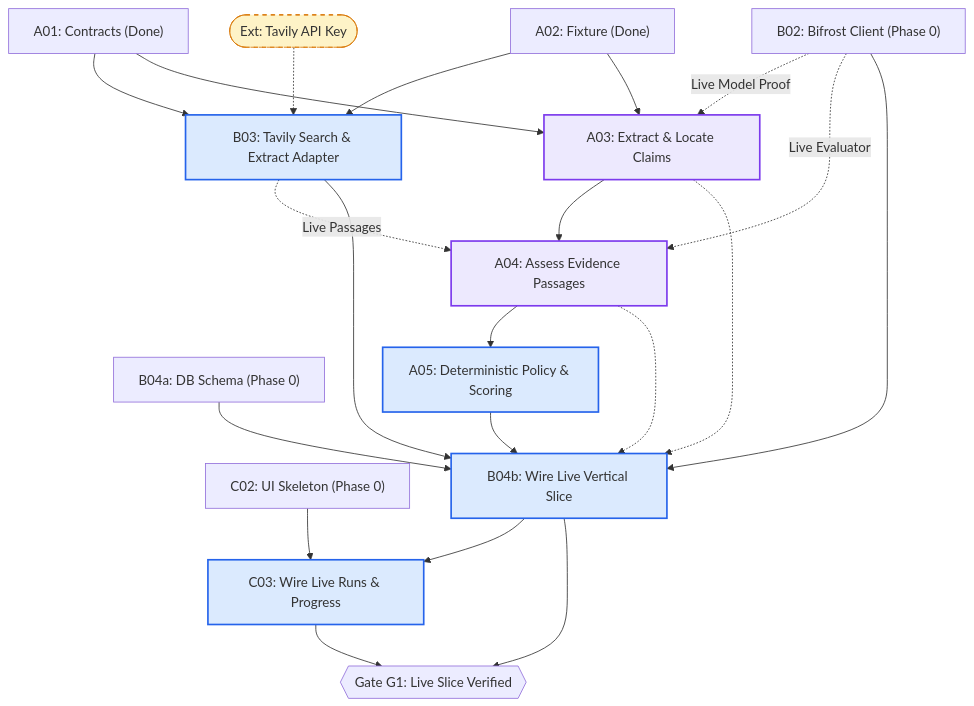
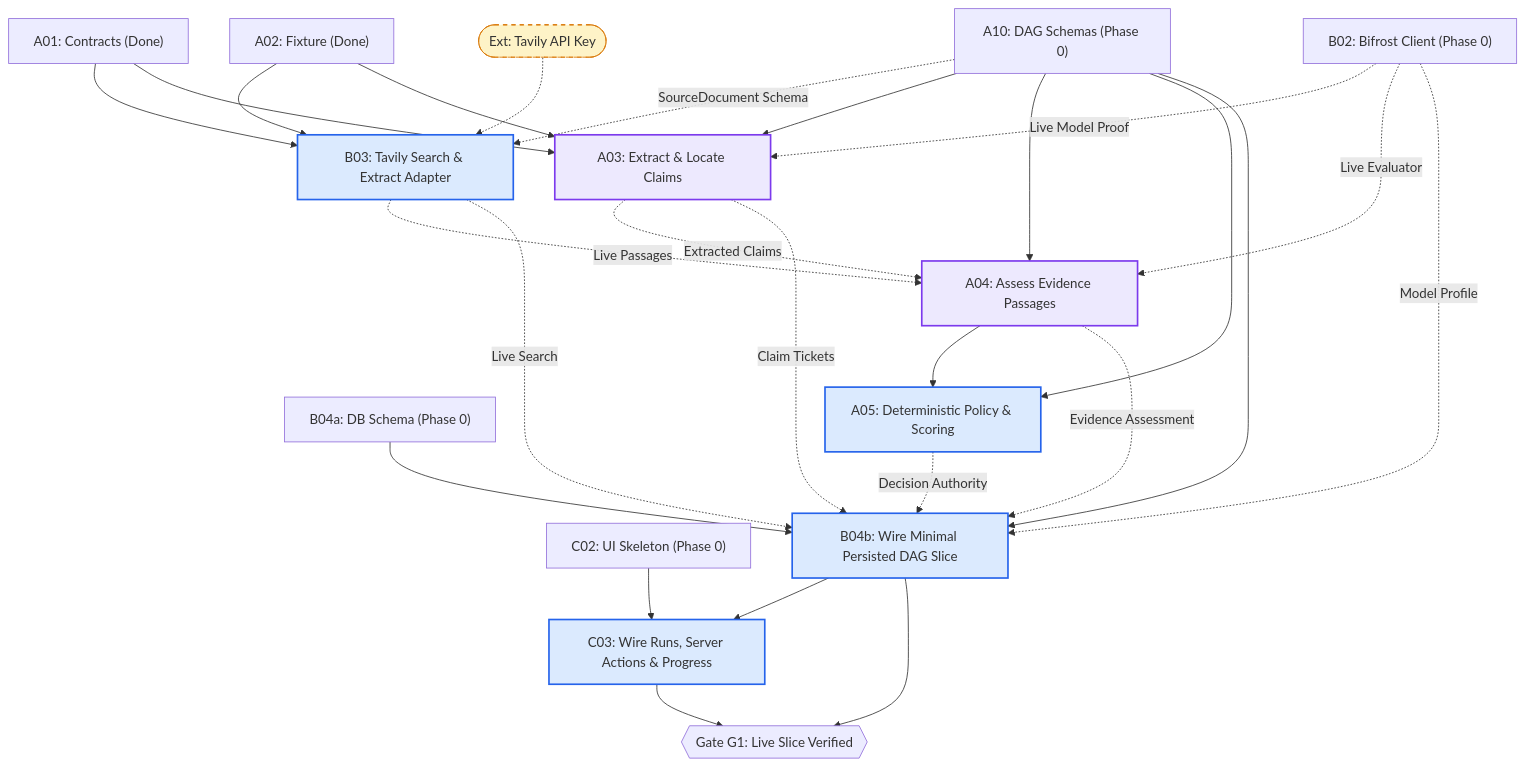
One commit to Driftaxe/Afterfact changed the third of 6 diagrams in docs/PARALLEL-WORK-PLAN.md. Above: the diagram before and after it, drawn with Mermaid. The commit also changed other lines of this file and 1 other file, not shown here.

````diff
--- a/docs/PARALLEL-WORK-PLAN.md
+++ b/docs/PARALLEL-WORK-PLAN.md
@@ -185,51 +191,57 @@
 ```mermaid
 flowchart TD
     classDef unblocked fill:#dbeafe,stroke:#2563eb,stroke-width:2px;
     classDef partial fill:#ede9fe,stroke:#7c3aed,stroke-width:2px;
     classDef external fill:#fef3c7,stroke:#d97706,stroke-width:1px,stroke-dasharray: 5 5;
 
     A01["A01: Contracts (Done)"]
     A02["A02: Fixture (Done)"]
+    A10["A10: DAG Schemas (Phase 0)"]
     B02["B02: Bifrost Client (Phase 0)"]
     B04a["B04a: DB Schema (Phase 0)"]
     C02["C02: UI Skeleton (Phase 0)"]
 
     TavilyKey(["Ext: Tavily API Key"]):::external
     B03["B03: Tavily Search & Extract Adapter"]:::unblocked
 
     A03["A03: Extract & Locate Claims"]:::partial
     A04["A04: Assess Evidence Passages"]:::partial
     A05["A05: Deterministic Policy & Scoring"]:::unblocked
 
-    B04b["B04b: Wire Live Vertical Slice"]:::unblocked
-    C03["C03: Wire Live Runs & Progress"]:::unblocked
+    B04b["B04b: Wire Minimal Persisted DAG Slice"]:::unblocked
+    C03["C03: Wire Runs, Server Actions & Progress"]:::unblocked
 
     GateG1{{"Gate G1: Live Slice Verified"}}
 
     A01 --> B03
     A02 --> B03
+    A10 -.->|SourceDocument Schema| B03
     TavilyKey -.-> B03
 
     A01 --> A03
     A02 --> A03
+    A10 --> A03
     B02 -.->|Live Model Proof| A03
 
-    A03 --> A04
+    A10 --> A04
+    A03 -.->|Extracted Claims| A04
     B03 -.->|Live Passages| A04
     B02 -.->|Live Evaluator| A04
 
     A04 --> A05
+    A10 --> A05
 
     B04a --> B04b
-    B02 --> B04b
-    B03 --> B04b
-    A03 -.-> B04b
-    A04 -.-> B04b
-    A05 --> B04b
+    A10 --> B04b
+    B02 -.->|Model Profile| B04b
+    B03 -.->|Live Search| B04b
+    A03 -.->|Claim Tickets| B04b
+    A04 -.->|Evidence Assessment| B04b
+    A05 -.->|Decision Authority| B04b
 
     C02 --> C03
     B04b --> C03
 
     B04b --> GateG1
     C03 --> GateG1
 ```
````
